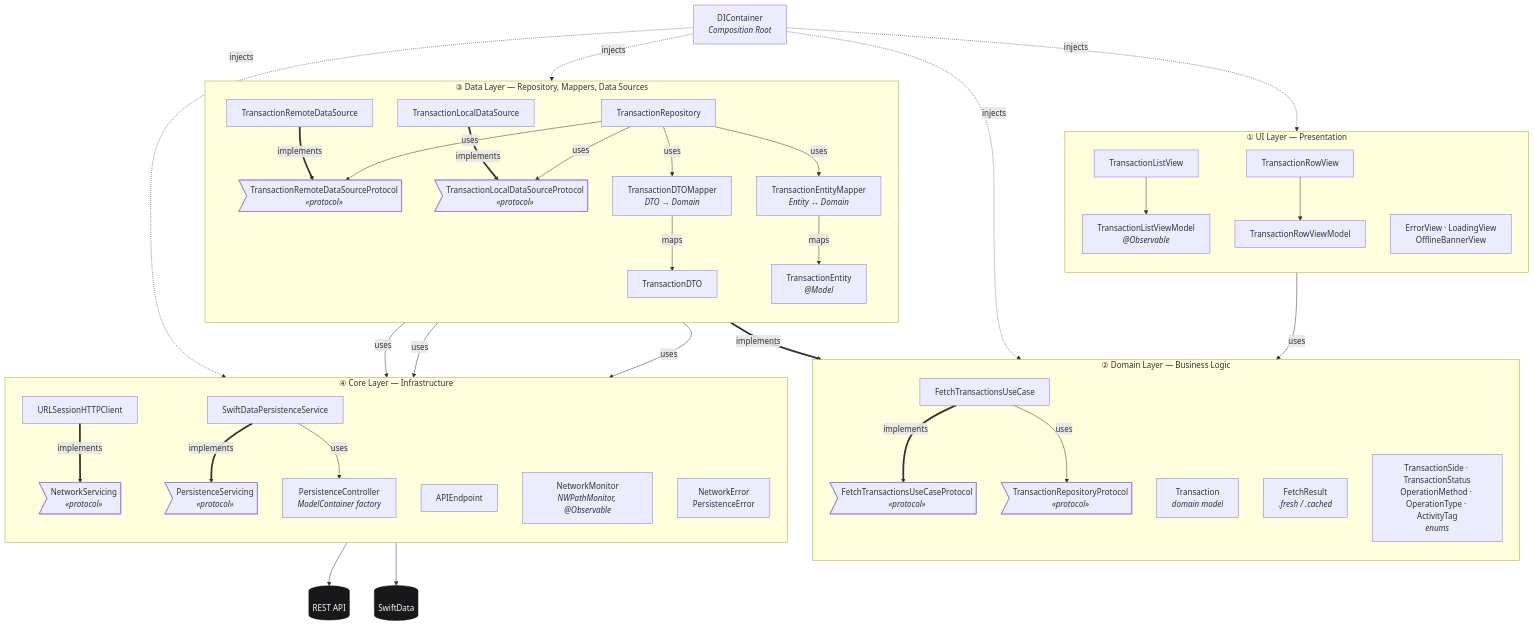
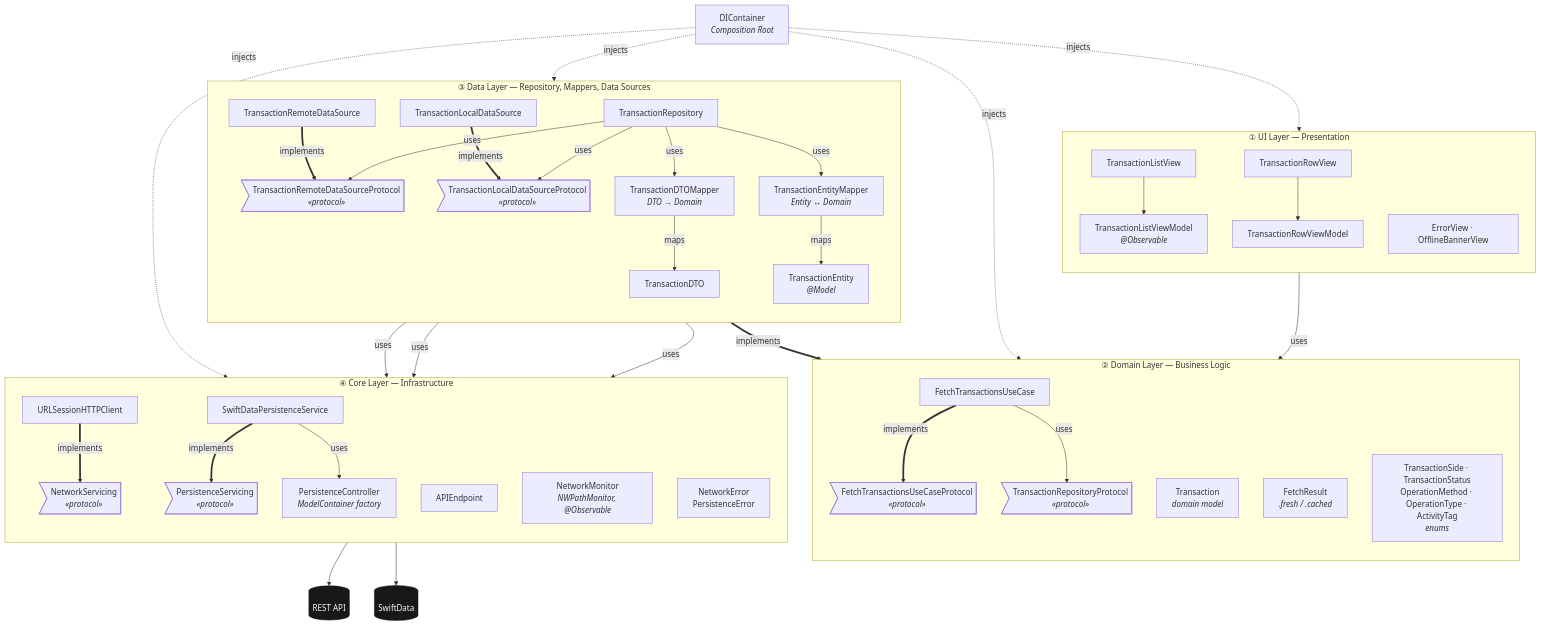
Before and after one commit to osama10/Transactions: the first of 4 diagrams in Qonto-App/Architecture Debrief/ARCHITECTURE_DIAGRAM.md, drawn with Mermaid. The commit also changed other lines of this file, not shown here.

Commit message:
Remove LoadingView references from architecture docs
Update ARCHITECTURE_DIAGRAM.md to reflect LoadingView removal — it was replaced by inline ProgressView.

```diff
--- a/Qonto-App/Architecture Debrief/ARCHITECTURE_DIAGRAM.md
+++ b/Qonto-App/Architecture Debrief/ARCHITECTURE_DIAGRAM.md
@@ -14,7 +14,7 @@
         TRV["TransactionRowView"]
         TLVM["TransactionListViewModel<br/><i>@Observable</i>"]
         TRVM["TransactionRowViewModel"]
-        SV["ErrorView · LoadingView<br/>OfflineBannerView"]
+        SV["ErrorView · OfflineBannerView"]
     end
 
     subgraph Domain["② Domain Layer — Business Logic"]
```
